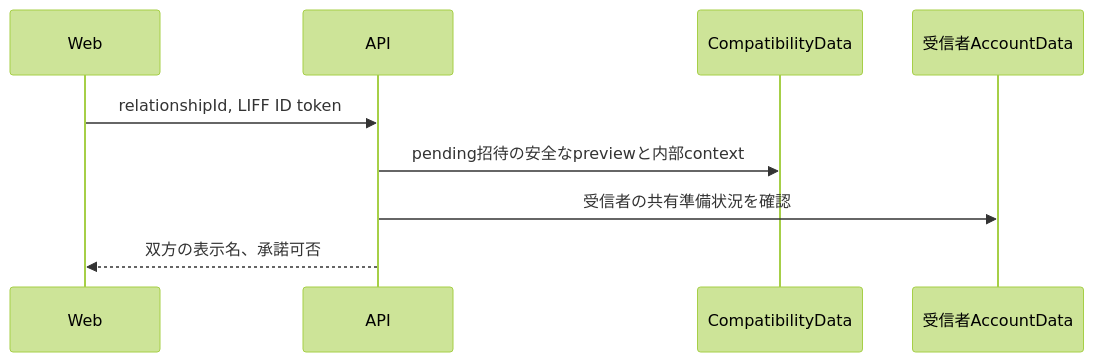
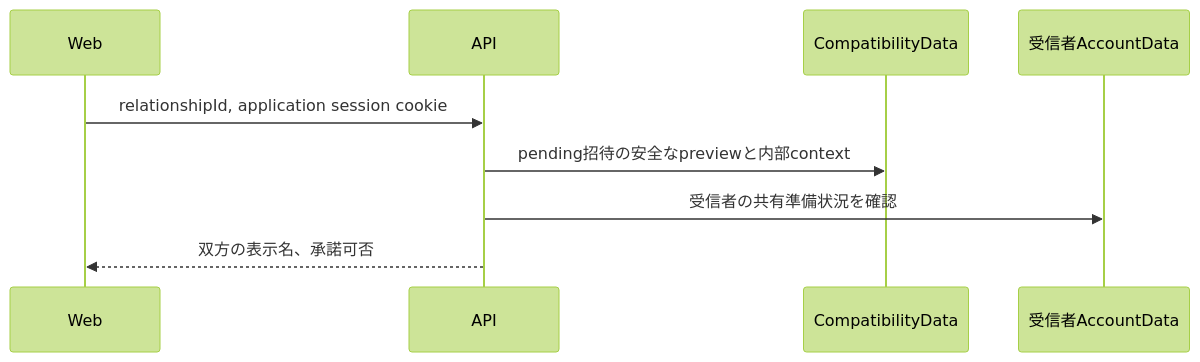
One commit to kkyosuke/me-builder changed the third of 4 diagrams in docs/development/compatibility-api.md. Above: the diagram before and after it, drawn with Mermaid (forest theme). The commit also changed other lines of this file and 116 other files, not shown here.

````diff
--- a/docs/development/compatibility-api.md
+++ b/docs/development/compatibility-api.md
@@ -173,11 +174,11 @@
 ```mermaid
 sequenceDiagram
     participant Web
     participant API
     participant CompatibilityData
     participant Invitee as 受信者AccountData
-    Web->>API: relationshipId, LIFF ID token
+    Web->>API: relationshipId, application session cookie
     API->>CompatibilityData: pending招待の安全なpreviewと内部context
     API->>Invitee: 受信者の共有準備状況を確認
     API-->>Web: 双方の表示名、承諾可否
 ```
````
